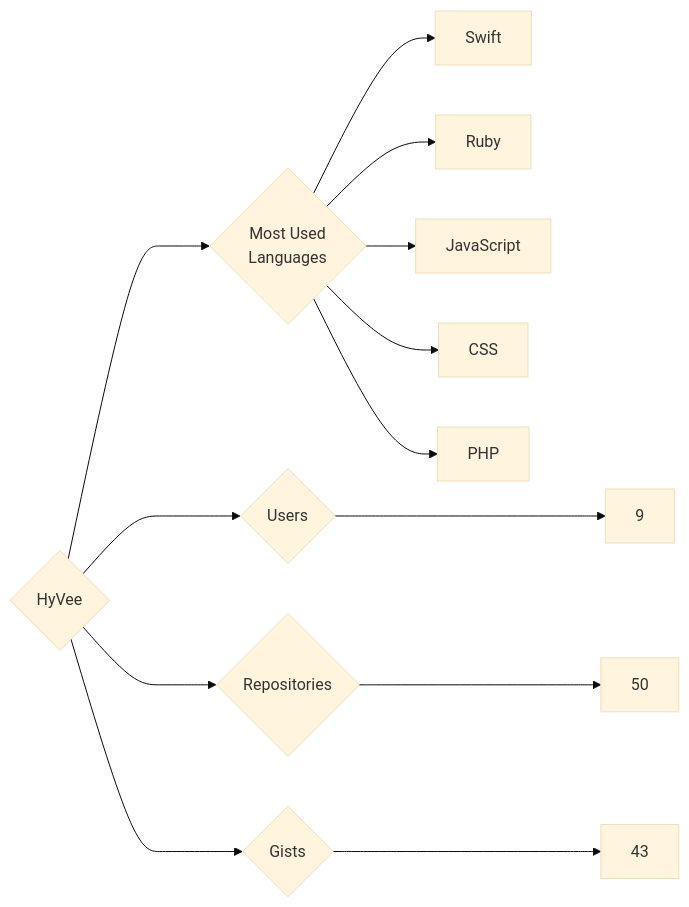
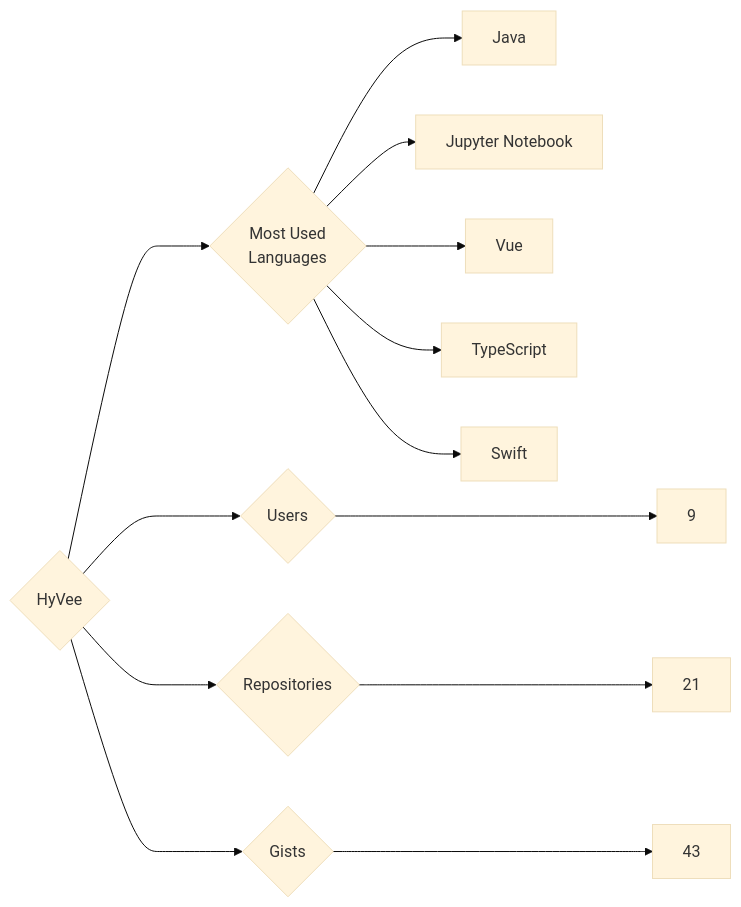
The diagram in targets/HyVee/README.md (trickest/insiders), drawn with Mermaid (base theme) before and after one commit. The commit also changed 1314 other files, not shown here.

````diff
--- a/targets/HyVee/README.md
+++ b/targets/HyVee/README.md
@@ -3,13 +3,13 @@
 ```mermaid
 graph LR
 COMPANY_NAME{HyVee}
 COMPANY_NAME ---> U{Users} ---> UN[9]
-COMPANY_NAME ---> R{Repositories} ---> RN[50]
+COMPANY_NAME ---> R{Repositories} ---> RN[21]
 COMPANY_NAME ---> G{Gists} ---> GN[43]
 COMPANY_NAME ---> ML{Most Used<br>Languages}
+ML --> Java[Java]
+ML --> Jupyter_Notebook[Jupyter Notebook]
+ML --> Vue[Vue]
+ML --> TypeScript[TypeScript]
 ML --> Swift[Swift]
-ML --> Ruby[Ruby]
-ML --> JavaScript[JavaScript]
-ML --> CSS[CSS]
-ML --> PHP[PHP]
 ```
````
